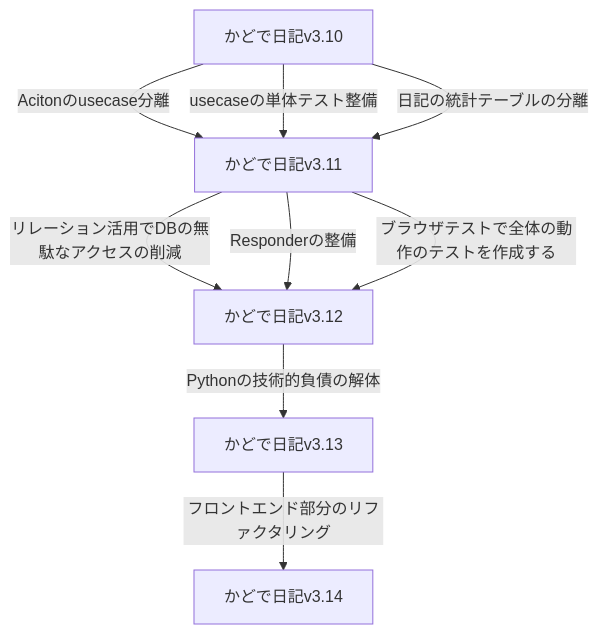
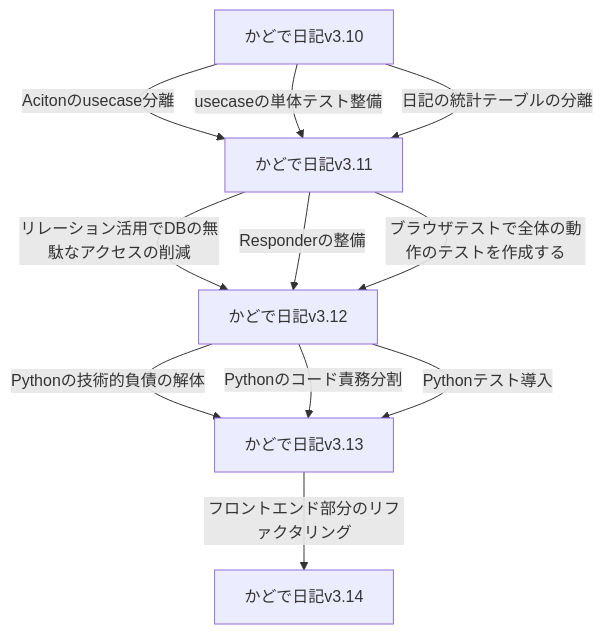
One commit to KadodeProject/kadode_nikki3 changed the diagram in README.md. Above: the diagram before and after it, drawn with Mermaid. The commit also changed other lines of this file, not shown here.

````diff
--- a/README.md
+++ b/README.md
@@ -63,11 +63,13 @@
 ```mermaid
 flowchart TD
     E_F[かどで日記v3.10]-->|Acitonのusecase分離|E_FF[かどで日記v3.11]
     E_F-->|usecaseの単体テスト整備|E_FF
     E_F-->|日記の統計テーブルの分離|E_FF
     E_FF-->|リレーション活用でDBの無駄なアクセスの削減|F[かどで日記v3.12]
     E_FF-->|Responderの整備|F
     E_FF-->|ブラウザテストで全体の動作のテストを作成する|F
     F-->|Pythonの技術的負債の解体|G[かどで日記v3.13]
+    F-->|Pythonのコード責務分割|G
+    F-->|Pythonテスト導入|G
     G-->|フロントエンド部分のリファクタリング|H[かどで日記v3.14]
 ```
````
